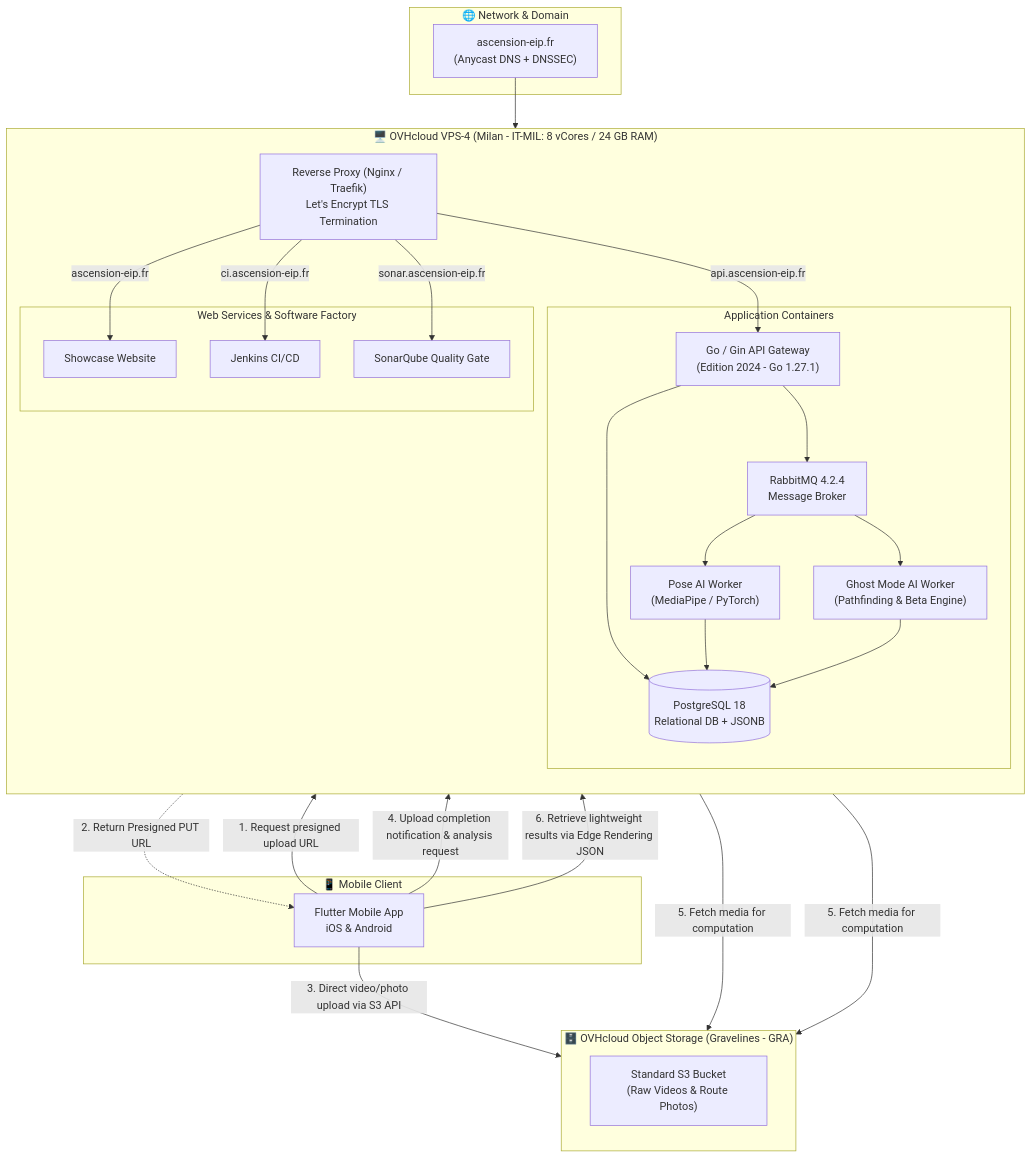
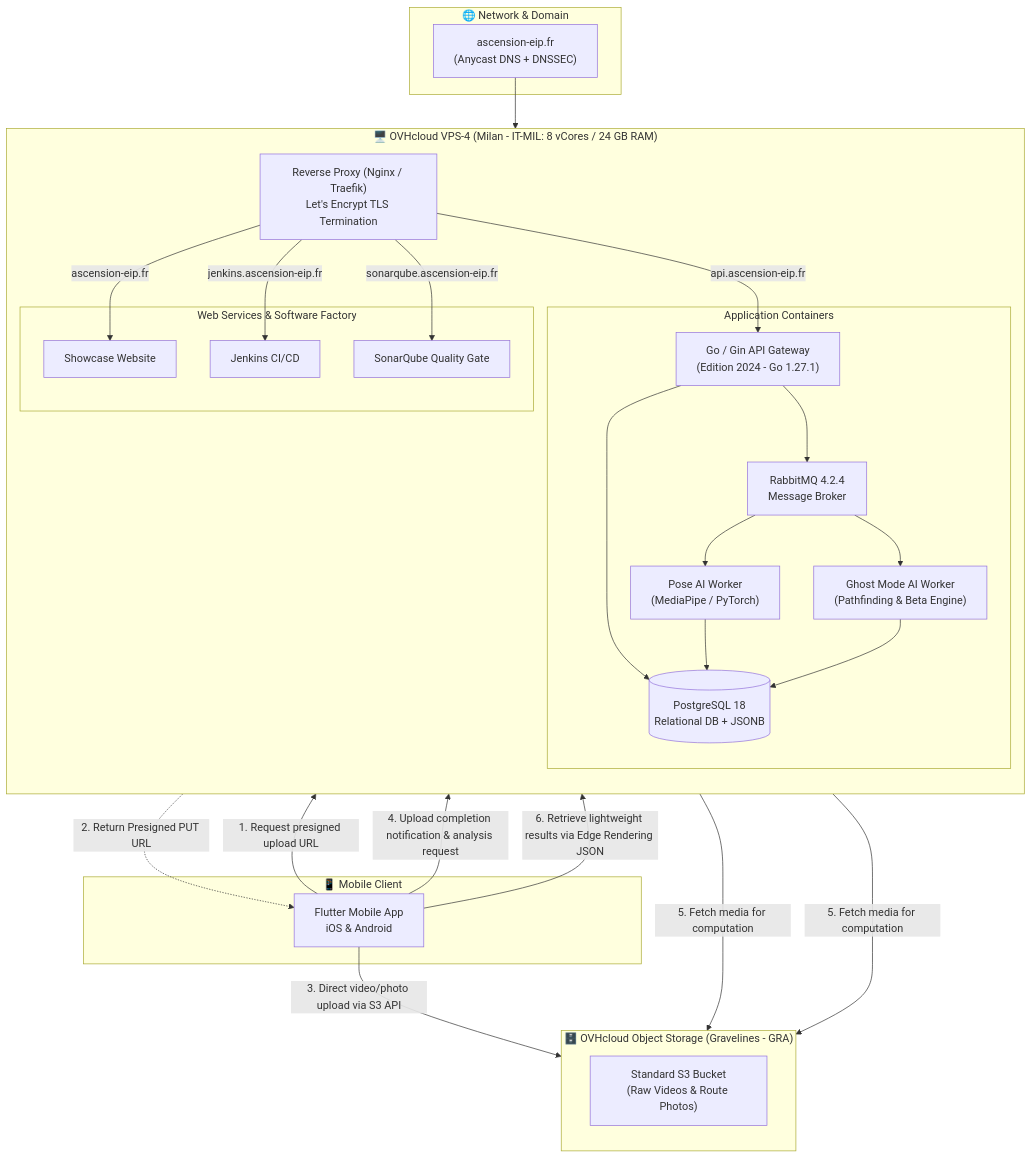
One commit to Ascension-EIP/Ascension changed the diagram in docs/Ascension/developer/architecture/infrastructure.md. Above: the diagram before and after it, drawn with Mermaid. The commit also changed other lines of this file, not shown here.

Commit message:
docs(infrastructure): use the jenkins and sonarqube subdomains

````diff
--- a/docs/Ascension/developer/architecture/infrastructure.md
+++ b/docs/Ascension/developer/architecture/infrastructure.md
@@ -37,55 +37,55 @@
 ```mermaid
 flowchart TB
     subgraph Client ["📱 Mobile Client"]
         App["Flutter Mobile App<br/>iOS & Android"]
     end
 
     subgraph DNS ["🌐 Network & Domain"]
         Domain["ascension-eip.fr<br/>(Anycast DNS + DNSSEC)"]
     end
 
     subgraph Storage ["🗄️ OVHcloud Object Storage (Gravelines - GRA)"]
         direction TB
         Bucket["Standard S3 Bucket<br/>(Raw Videos & Route Photos)"]
     end
 
     subgraph Compute ["🖥️ OVHcloud VPS-4 (Milan - IT-MIL: 8 vCores / 24 GB RAM)"]
         direction TB
         Proxy["Reverse Proxy (Nginx / Traefik)<br/>Let's Encrypt TLS Termination"]
 
         subgraph CoreApp ["Application Containers"]
             API["Go / Gin API Gateway<br/>(Edition 2024 - Go 1.27.1)"]
             RabbitMQ["RabbitMQ 4.2.4<br/>Message Broker"]
             WorkerPose["Pose AI Worker<br/>(MediaPipe / PyTorch)"]
             WorkerGhost["Ghost Mode AI Worker<br/>(Pathfinding & Beta Engine)"]
             DB[("PostgreSQL 18<br/>Relational DB + JSONB")]
         end
 
         subgraph WebAndCI ["Web Services & Software Factory"]
             WebSite["Showcase Website"]
             Jenkins["Jenkins CI/CD"]
             Sonar["SonarQube Quality Gate"]
         end
 
         Proxy -->|api.ascension-eip.fr| API
         Proxy -->|ascension-eip.fr| WebSite
-        Proxy -->|ci.ascension-eip.fr| Jenkins
-        Proxy -->|sonar.ascension-eip.fr| Sonar
+        Proxy -->|jenkins.ascension-eip.fr| Jenkins
+        Proxy -->|sonarqube.ascension-eip.fr| Sonar
 
         API --> DB
         API --> RabbitMQ
         RabbitMQ --> WorkerPose
         RabbitMQ --> WorkerGhost
         WorkerPose --> DB
         WorkerGhost --> DB
     end
 
     Domain --> Proxy
     App -->|"1. Request presigned upload URL"| API
     API -.->|"2. Return Presigned PUT URL"| App
     App -->|"3. Direct video/photo upload via S3 API"| Bucket
     App -->|"4. Upload completion notification & analysis request"| API
     WorkerPose -->|"5. Fetch media for computation"| Bucket
     WorkerGhost -->|"5. Fetch media for computation"| Bucket
     App -->|"6. Retrieve lightweight results via Edge Rendering JSON"| API
 ```
````
